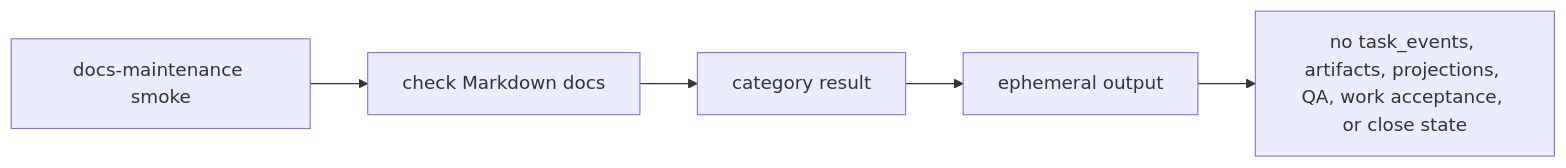
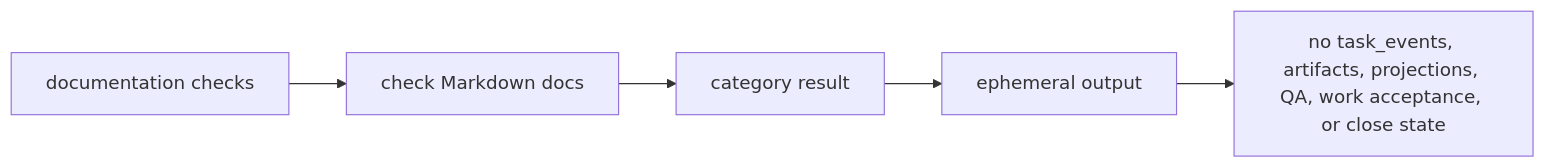
Before and after one commit to minjungw00/Harness_Project: the first of 9 diagrams in docs/en/reference/operations-and-conformance.md, drawn with Mermaid. The commit also changed other lines of this file and 21 other files, not shown here.

````diff
--- a/docs/en/reference/operations-and-conformance.md
+++ b/docs/en/reference/operations-and-conformance.md
@@ -163,7 +167,7 @@
 ```mermaid
 flowchart LR
-  Start["docs-maintenance smoke"] --> Check["check Markdown docs"]
+  Start["documentation checks"] --> Check["check Markdown docs"]
   Check --> Report["category result"]
   Report --> Output["ephemeral output"]
   Output --> Hold["no task_events, artifacts, projections, QA, work acceptance, or close state"]
 ```
````
